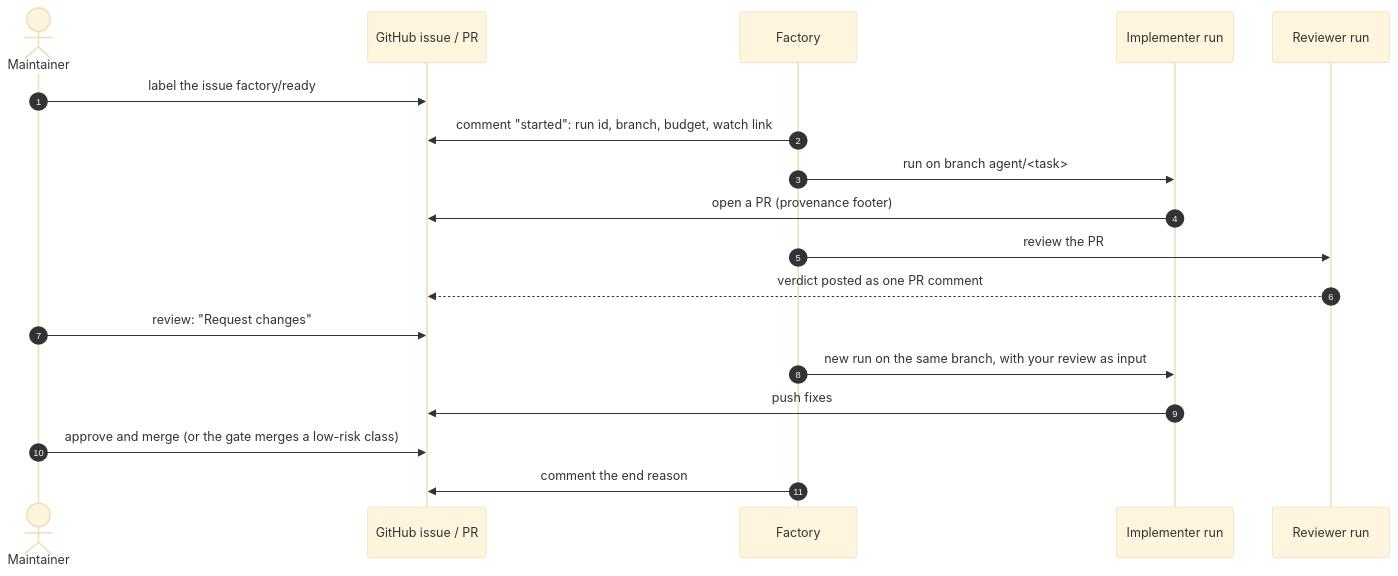
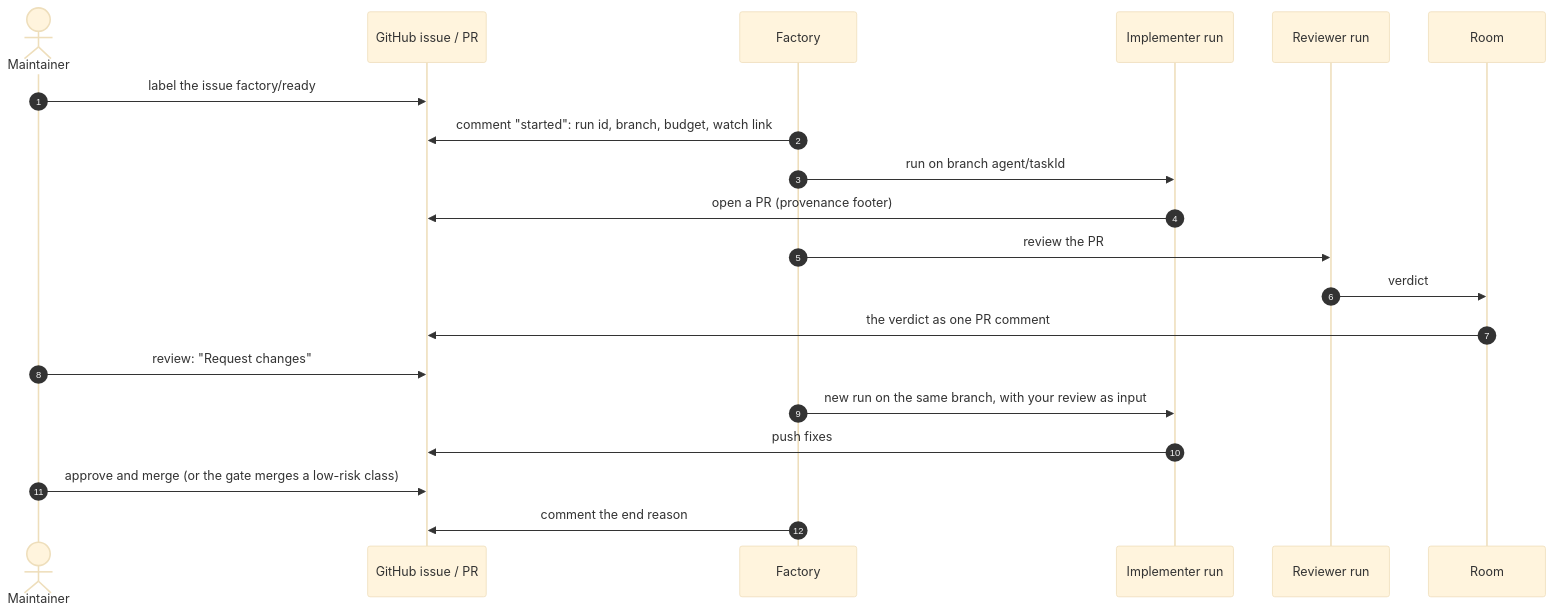
The diagram in website/content/docs/platform/agent-factory/user-guide.md (Smana/cloud-native-ref), drawn with Mermaid (base theme) before and after one commit. The commit also changed other lines of this file and 8 other files, not shown here.

````diff
--- a/website/content/docs/platform/agent-factory/user-guide.md
+++ b/website/content/docs/platform/agent-factory/user-guide.md
@@ -31,20 +32,22 @@
 ```mermaid
 sequenceDiagram
   autonumber
   actor M as Maintainer
   participant GH as GitHub issue / PR
   participant F as Factory
   participant I as Implementer run
   participant R as Reviewer run
+  participant RM as Room
   M->>GH: label the issue factory/ready
   F->>GH: comment "started": run id, branch, budget, watch link
-  F->>I: run on branch agent/<task>
+  F->>I: run on branch agent/taskId
   I->>GH: open a PR (provenance footer)
   F->>R: review the PR
-  R-->>GH: verdict posted as one PR comment
+  R->>RM: verdict
+  RM->>GH: the verdict as one PR comment
   M->>GH: review: "Request changes"
   F->>I: new run on the same branch, with your review as input
   I->>GH: push fixes
   M->>GH: approve and merge (or the gate merges a low-risk class)
   F->>GH: comment the end reason
 ```
````
